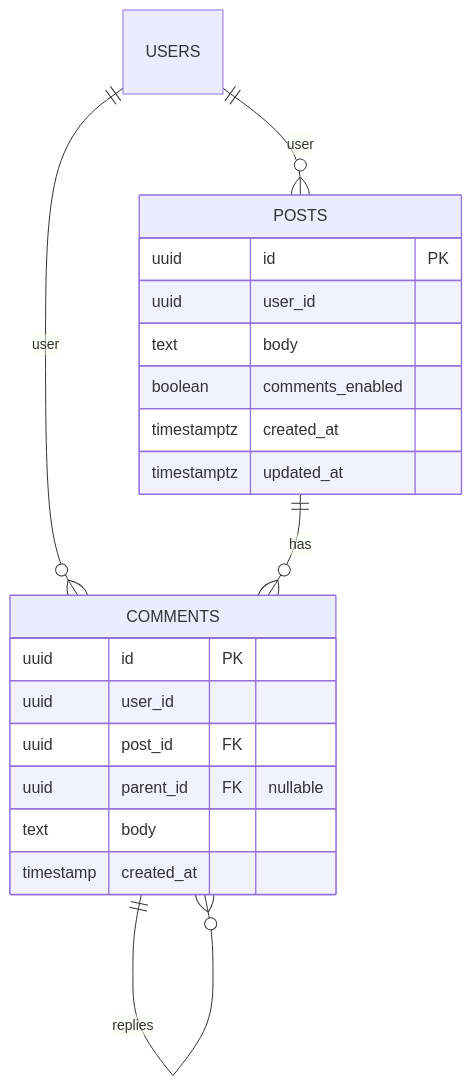
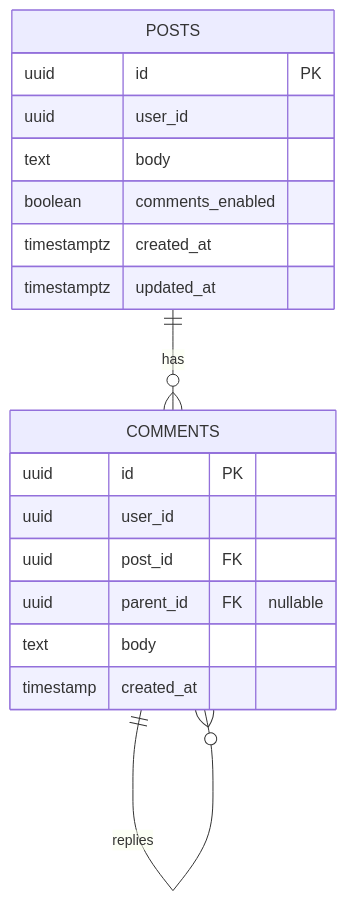
The first of 3 diagrams in README.md (exception-e/postfeed), drawn with Mermaid before and after one commit. The commit also changed other lines of this file, not shown here.

````diff
--- a/README.md
+++ b/README.md
@@ -30,24 +33,22 @@
 ```mermaid
 erDiagram
-    USERS ||--o{ POSTS : user
-    USERS ||--o{ COMMENTS : user
     POSTS ||--o{ COMMENTS : has
     COMMENTS ||--o{ COMMENTS : replies
 
     POSTS {
         uuid id PK
         uuid user_id 
         text body
         boolean comments_enabled
         timestamptz created_at
         timestamptz updated_at
     }
     COMMENTS {
         uuid id PK
         uuid user_id
         uuid post_id FK
         uuid parent_id FK "nullable"
         text body
         timestamp created_at
     }
 ```
````
